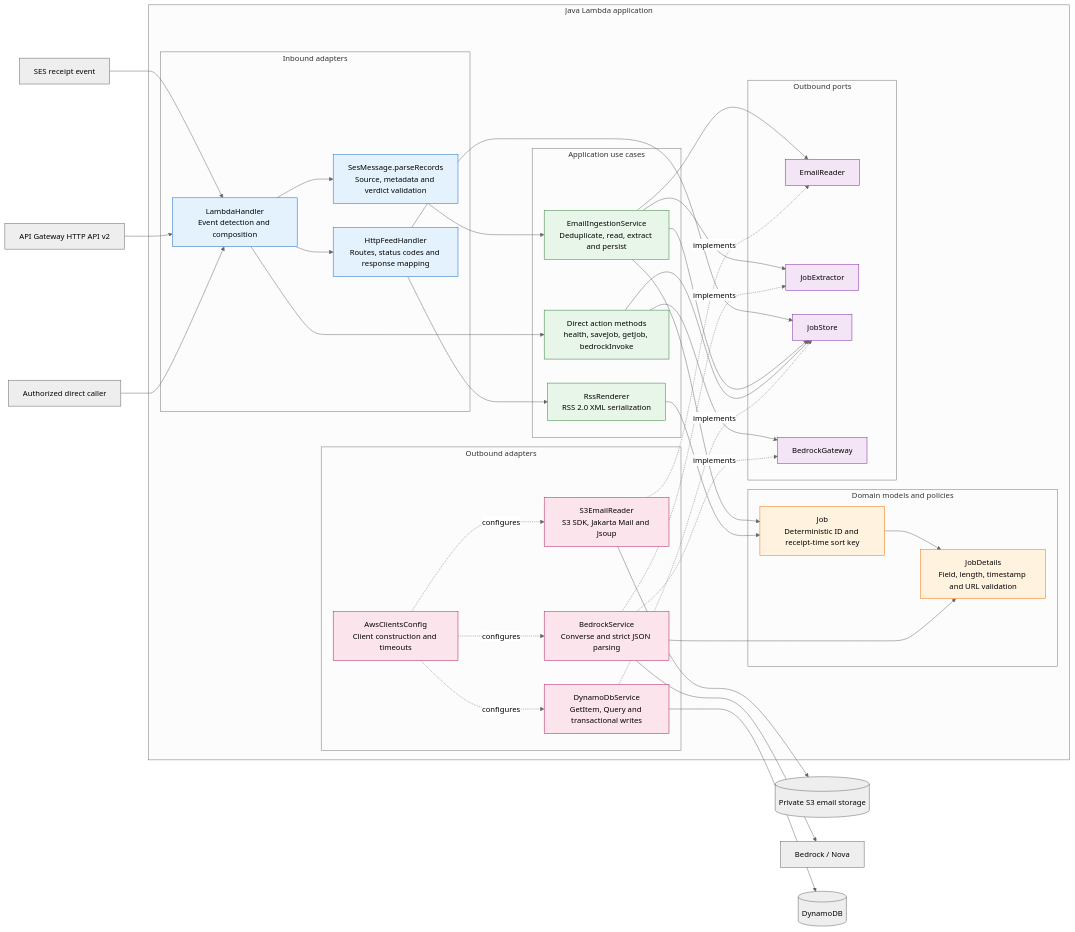
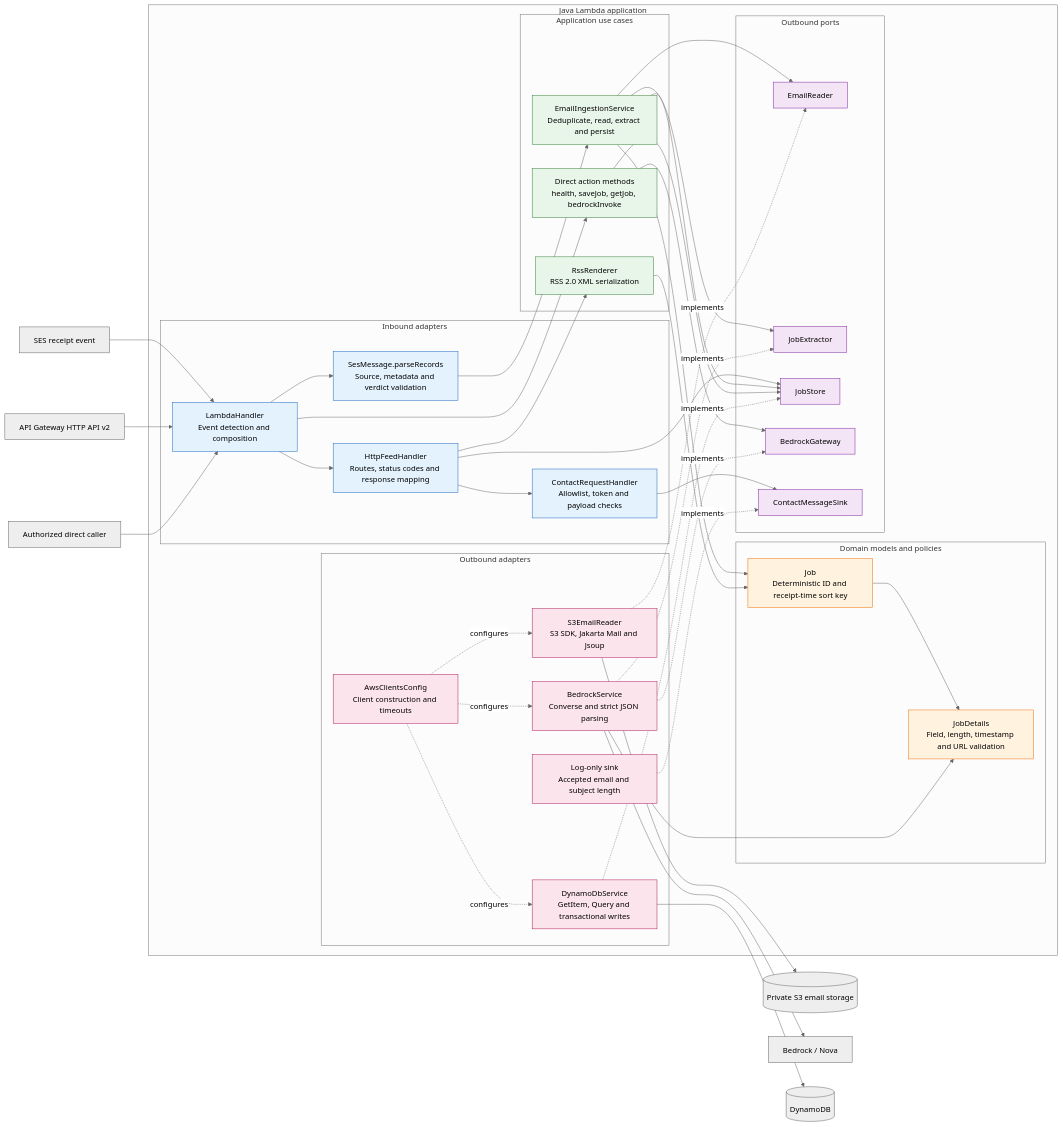
One commit to vriesjo/itzitzo-jobs-feed changed the second of 16 diagrams in docs/architecture.md. Above: the diagram before and after it, drawn with Mermaid (neutral theme). The commit also changed other lines of this file and 11 other files, not shown here.

````diff
--- a/docs/architecture.md
+++ b/docs/architecture.md
@@ -115,74 +218,80 @@
 ```mermaid
 flowchart LR
     SES["SES receipt event"] --> Router
     API["API Gateway HTTP API v2"] --> Router
     Direct["Authorized direct caller"] --> Router
 
     subgraph Core["Java Lambda application"]
         subgraph Inbound["Inbound adapters"]
             Router["LambdaHandler<br/>Event detection and composition"]
             SesValidation["SesMessage.parseRecords<br/>Source, metadata and verdict validation"]
             Http["HttpFeedHandler<br/>Routes, status codes and response mapping"]
+            Contact["ContactRequestHandler<br/>Allowlist, token and payload checks"]
         end
         subgraph UseCases["Application use cases"]
             Ingestion["EmailIngestionService<br/>Deduplicate, read, extract and persist"]
             Rss["RssRenderer<br/>RSS 2.0 XML serialization"]
             Legacy["Direct action methods<br/>health, saveJob, getJob, bedrockInvoke"]
         end
         subgraph Domain["Domain models and policies"]
             Details["JobDetails<br/>Field, length, timestamp and URL validation"]
             Identity["Job<br/>Deterministic ID and receipt-time sort key"]
         end
         subgraph Ports["Outbound ports"]
             EmailPort["EmailReader"]
             ExtractPort["JobExtractor"]
             StorePort["JobStore"]
             PromptPort["BedrockGateway"]
+            ContactPort["ContactMessageSink"]
         end
         subgraph Adapters["Outbound adapters"]
             EmailAdapter["S3EmailReader<br/>S3 SDK, Jakarta Mail and Jsoup"]
             NovaAdapter["BedrockService<br/>Converse and strict JSON parsing"]
             DbAdapter["DynamoDbService<br/>GetItem, Query and transactional writes"]
+            ContactAdapter["Log-only sink<br/>Accepted email and subject length"]
             Config["AwsClientsConfig<br/>Client construction and timeouts"]
         end
     end
 
     Router --> SesValidation
     SesValidation --> Ingestion
     Router --> Http
     Router --> Legacy
     Http --> StorePort
     Http --> Rss
+    Http --> Contact
+    Contact --> ContactPort
+    ContactAdapter -.->|"implements"| ContactPort
     Ingestion --> EmailPort
     Ingestion --> ExtractPort
     Ingestion --> StorePort
     Ingestion --> Identity
     Identity --> Details
     Rss --> Identity
     Legacy --> StorePort
     Legacy --> PromptPort
     NovaAdapter --> Details
     EmailAdapter -.->|"implements"| EmailPort
     NovaAdapter -.->|"implements"| ExtractPort
     NovaAdapter -.->|"implements"| PromptPort
     DbAdapter -.->|"implements"| StorePort
     Config -.->|"configures"| EmailAdapter
     Config -.->|"configures"| NovaAdapter
     Config -.->|"configures"| DbAdapter
     EmailAdapter --> S3[("Private S3 email storage")]
     NovaAdapter --> Nova["Bedrock / Nova"]
     DbAdapter --> DB[("DynamoDB")]
 
     classDef inbound fill:#e3f2fd,stroke:#1565c0
     classDef usecase fill:#e8f5e9,stroke:#2e7d32
     classDef domain fill:#fff3e0,stroke:#ef6c00
     classDef port fill:#f3e5f5,stroke:#7b1fa2
     classDef adapter fill:#fce4ec,stroke:#ad1457
     classDef external fill:#eeeeee,stroke:#616161
-    class Router,SesValidation,Http inbound
+    class Router,SesValidation,Http,Contact inbound
     class Ingestion,Rss,Legacy usecase
     class Details,Identity domain
-    class EmailPort,ExtractPort,StorePort,PromptPort port
-    class EmailAdapter,NovaAdapter,DbAdapter,Config adapter
+    class EmailPort,ExtractPort,StorePort,PromptPort,ContactPort port
+    class EmailAdapter,NovaAdapter,DbAdapter,ContactAdapter,Config adapter
     class SES,API,Direct,S3,Nova,DB external
 ```
````
